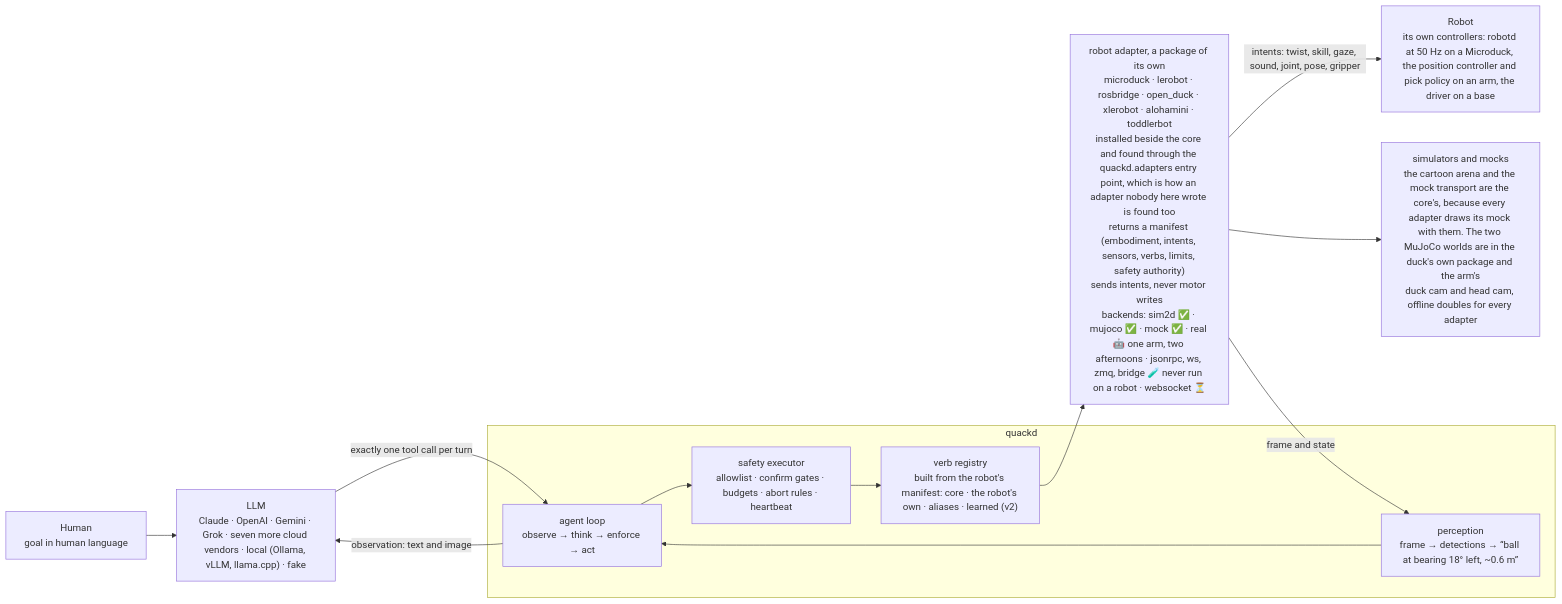
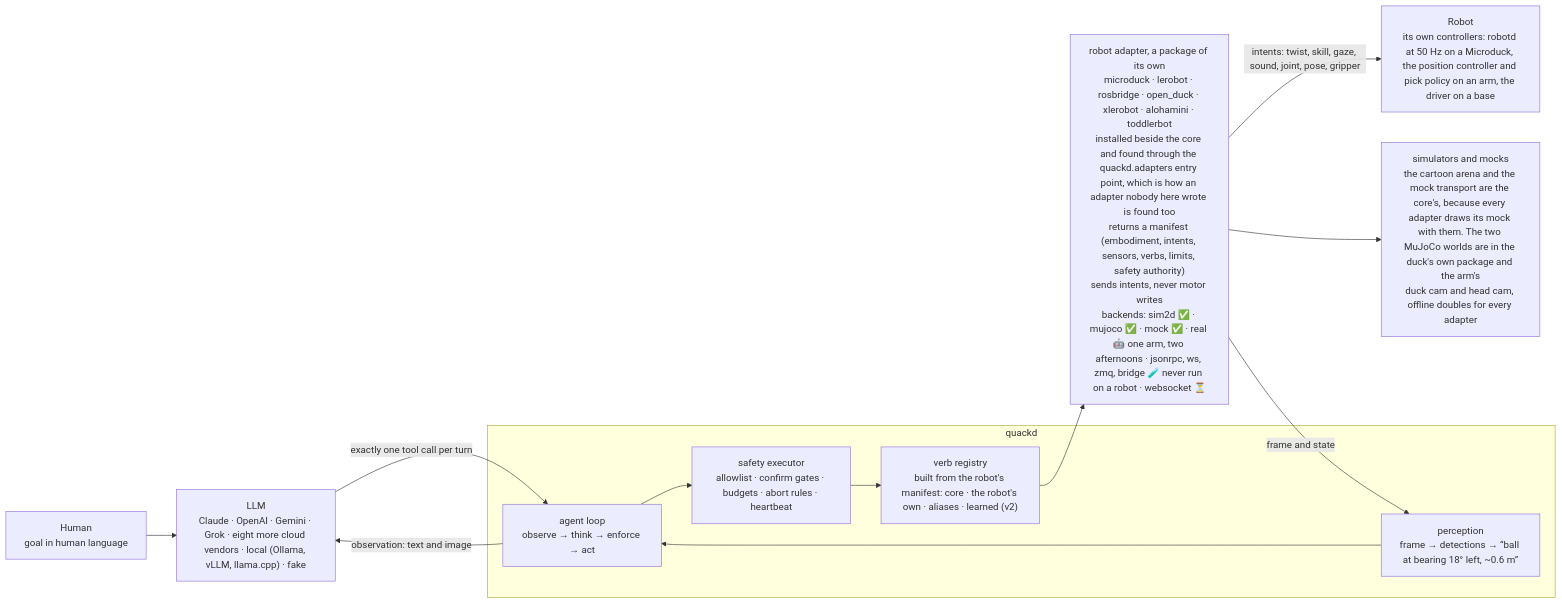
Before and after one commit to rokbenko/quackd: the second of 2 diagrams in README.md, drawn with Mermaid. The commit also changed other lines of this file and 45 other files, not shown here.

First line of the commit message:
feat(providers): OpenRouter, a twelfth cloud vendor

````diff
--- a/README.md
+++ b/README.md
@@ -527,21 +527,21 @@
 ```mermaid
 flowchart LR
     HUMAN["Human<br/>goal in human language"]
-    LLM["LLM<br/>Claude · OpenAI · Gemini · Grok · seven more cloud vendors · local (Ollama, vLLM, llama.cpp) · fake"]
+    LLM["LLM<br/>Claude · OpenAI · Gemini · Grok · eight more cloud vendors · local (Ollama, vLLM, llama.cpp) · fake"]
     subgraph quackd
         LOOP["agent loop<br/>observe → think → enforce → act"]
         EXEC["safety executor<br/>allowlist · confirm gates · budgets · abort rules · heartbeat"]
         VERBS["verb registry<br/>built from the robot's manifest: core · the robot's own · aliases · learned (v2)"]
         PERC["perception<br/>frame → detections → “ball at bearing 18° left, ~0.6 m”"]
     end
     ADAPTER["robot adapter, a package of its own<br/>microduck · lerobot · rosbridge · open_duck · xlerobot · alohamini · toddlerbot<br/>installed beside the core and found through the quackd.adapters entry point, which is how an adapter nobody here wrote is found too<br/>returns a manifest (embodiment, intents, sensors, verbs, limits, safety authority)<br/>sends intents, never motor writes<br/>backends: sim2d ✅ · mujoco ✅ · mock ✅ · real 🤖 one arm, two afternoons · jsonrpc, ws, zmq, bridge 🧪 never run on a robot · websocket ⏳"]
     ROBOT["Robot<br/>its own controllers: robotd at 50 Hz on a Microduck, the position controller and pick policy on an arm, the driver on a base"]
     SIM["simulators and mocks<br/>the cartoon arena and the mock transport are the core's, because every adapter draws its mock with them. The two MuJoCo worlds are in the duck's own package and the arm's<br/>duck cam and head cam, offline doubles for every adapter"]
     HUMAN --> LLM
     LLM -- "exactly one tool call per turn" --> LOOP
     LOOP --> EXEC --> VERBS --> ADAPTER
     ADAPTER -- "intents: twist, skill, gaze, sound, joint, pose, gripper" --> ROBOT
     ADAPTER --> SIM
     ADAPTER -- "frame and state" --> PERC --> LOOP
     LOOP -- "observation: text and image" --> LLM
 ```
````
